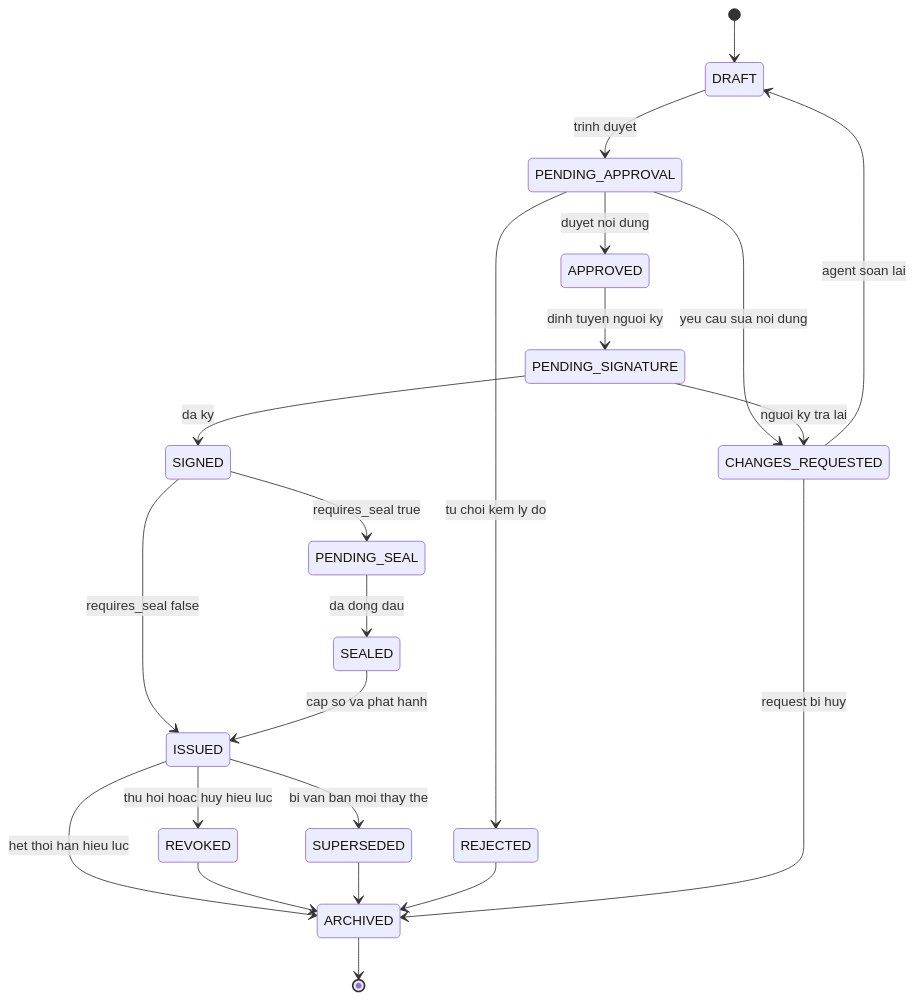
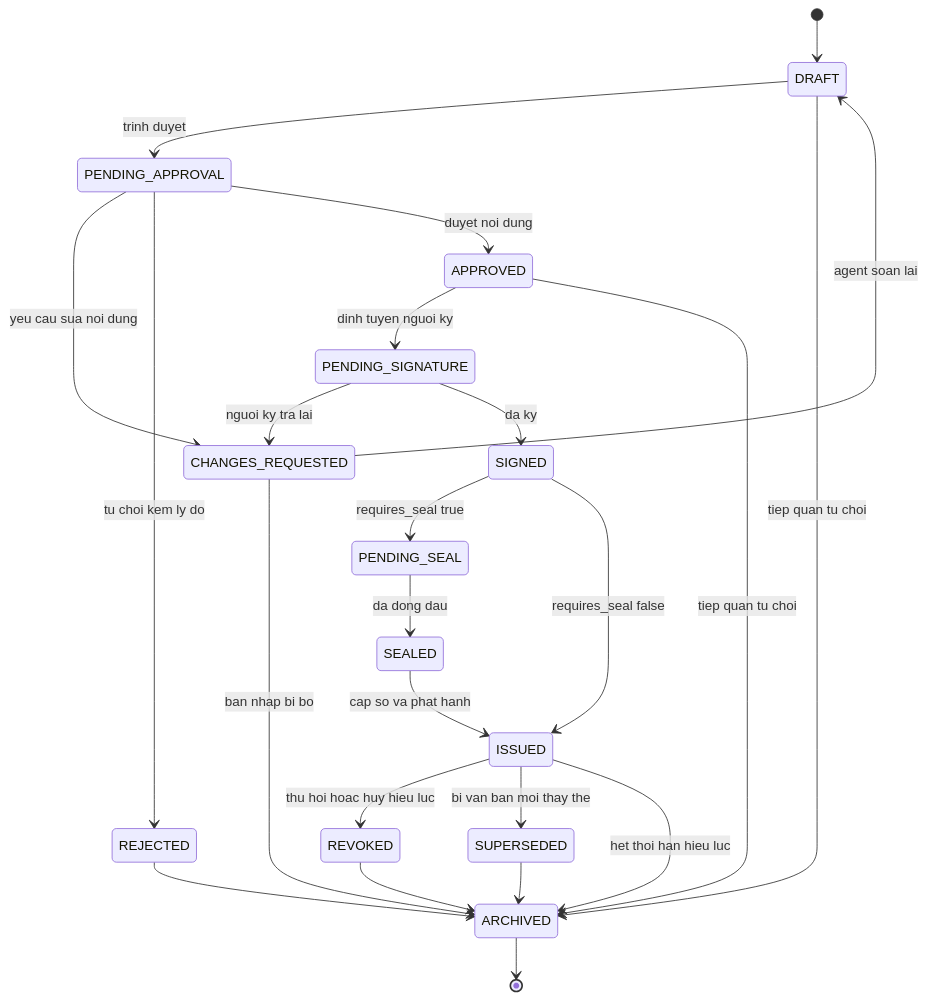
Before and after one commit to CongDuc02/AdminServiceDeskAgent: the third of 4 diagrams in docs/design/00-domain.md, drawn with Mermaid. The commit also changed other lines of this file and 16 other files, not shown here.

````diff
--- a/docs/design/00-domain.md
+++ b/docs/design/00-domain.md
@@ -258,24 +259,26 @@
 ```mermaid
 stateDiagram-v2
     [*] --> DRAFT
     DRAFT --> PENDING_APPROVAL: trinh duyet
     PENDING_APPROVAL --> CHANGES_REQUESTED: yeu cau sua noi dung
     CHANGES_REQUESTED --> DRAFT: agent soan lai
     PENDING_APPROVAL --> REJECTED: tu choi kem ly do
     PENDING_APPROVAL --> APPROVED: duyet noi dung
     APPROVED --> PENDING_SIGNATURE: dinh tuyen nguoi ky
     PENDING_SIGNATURE --> CHANGES_REQUESTED: nguoi ky tra lai
     PENDING_SIGNATURE --> SIGNED: da ky
     SIGNED --> PENDING_SEAL: requires_seal true
     PENDING_SEAL --> SEALED: da dong dau
     SIGNED --> ISSUED: requires_seal false
     SEALED --> ISSUED: cap so va phat hanh
     ISSUED --> REVOKED: thu hoi hoac huy hieu luc
     ISSUED --> SUPERSEDED: bi van ban moi thay the
     ISSUED --> ARCHIVED: het thoi han hieu luc
     REVOKED --> ARCHIVED
     SUPERSEDED --> ARCHIVED
     REJECTED --> ARCHIVED
-    CHANGES_REQUESTED --> ARCHIVED: request bi huy
+    CHANGES_REQUESTED --> ARCHIVED: ban nhap bi bo
+    DRAFT --> ARCHIVED: tiep quan tu choi
+    APPROVED --> ARCHIVED: tiep quan tu choi
     ARCHIVED --> [*]
 ```
````
